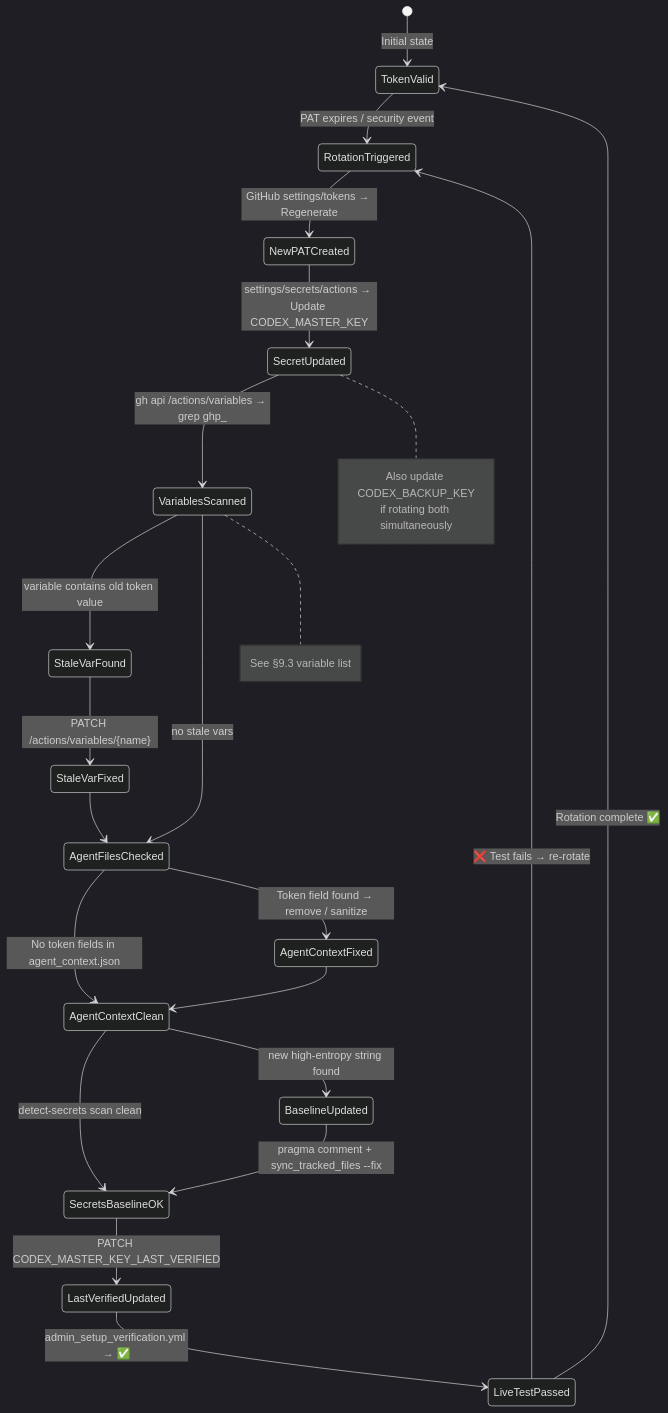
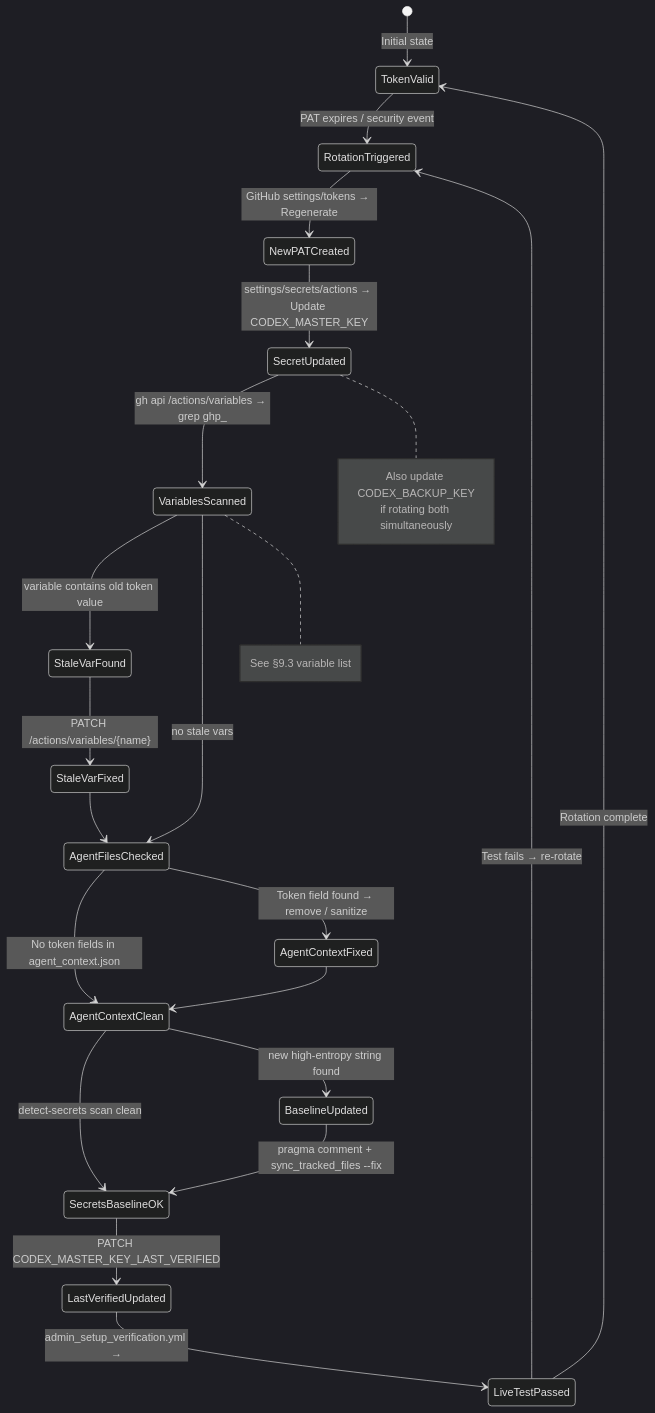
One commit to Aries-Serpent/_codex_ changed the tenth of 19 diagrams in docs/reference/ELEVATED_PRIVILEGES_TOKEN_REVIEW.md. Above: the diagram before and after it, drawn with Mermaid (dark theme). The commit also changed other lines of this file and 2029 other files, not shown here.

````diff
--- a/docs/reference/ELEVATED_PRIVILEGES_TOKEN_REVIEW.md
+++ b/docs/reference/ELEVATED_PRIVILEGES_TOKEN_REVIEW.md
@@ -1081,38 +1083,38 @@
 ```mermaid
 %%{init: {'accessibility': {'title': 'State Diagram showing *'}}%%
 stateDiagram-v2
     [*] --> TokenValid : Initial state
 
     TokenValid --> RotationTriggered : PAT expires / security event
     RotationTriggered --> NewPATCreated : GitHub settings/tokens → Regenerate
 
     NewPATCreated --> SecretUpdated : settings/secrets/actions → Update CODEX_MASTER_KEY
     SecretUpdated --> VariablesScanned : gh api /actions/variables → grep ghp_
     VariablesScanned --> StaleVarFound : variable contains old token value
     VariablesScanned --> AgentFilesChecked : no stale vars
     StaleVarFound --> StaleVarFixed : PATCH /actions/variables/{name}
     StaleVarFixed --> AgentFilesChecked
 
     AgentFilesChecked --> AgentContextClean : No token fields in agent_context.json
     AgentFilesChecked --> AgentContextFixed : Token field found → remove / sanitize
     AgentContextFixed --> AgentContextClean
 
     AgentContextClean --> SecretsBaselineOK : detect-secrets scan clean
     AgentContextClean --> BaselineUpdated : new high-entropy string found
     BaselineUpdated --> SecretsBaselineOK : pragma comment + sync_tracked_files --fix
 
     SecretsBaselineOK --> LastVerifiedUpdated : PATCH CODEX_MASTER_KEY_LAST_VERIFIED
-    LastVerifiedUpdated --> LiveTestPassed : admin_setup_verification.yml → ✅
+    LastVerifiedUpdated --> LiveTestPassed : admin_setup_verification.yml → 
 
-    LiveTestPassed --> TokenValid : Rotation complete ✅
-    LiveTestPassed --> RotationTriggered : ❌ Test fails → re-rotate
+    LiveTestPassed --> TokenValid : Rotation complete 
+    LiveTestPassed --> RotationTriggered :  Test fails → re-rotate
 
     note right of SecretUpdated
         Also update CODEX_BACKUP_KEY
         if rotating both simultaneously
     end note
 
     note right of VariablesScanned
         See §9.3 variable list
     end note
 ```
````
